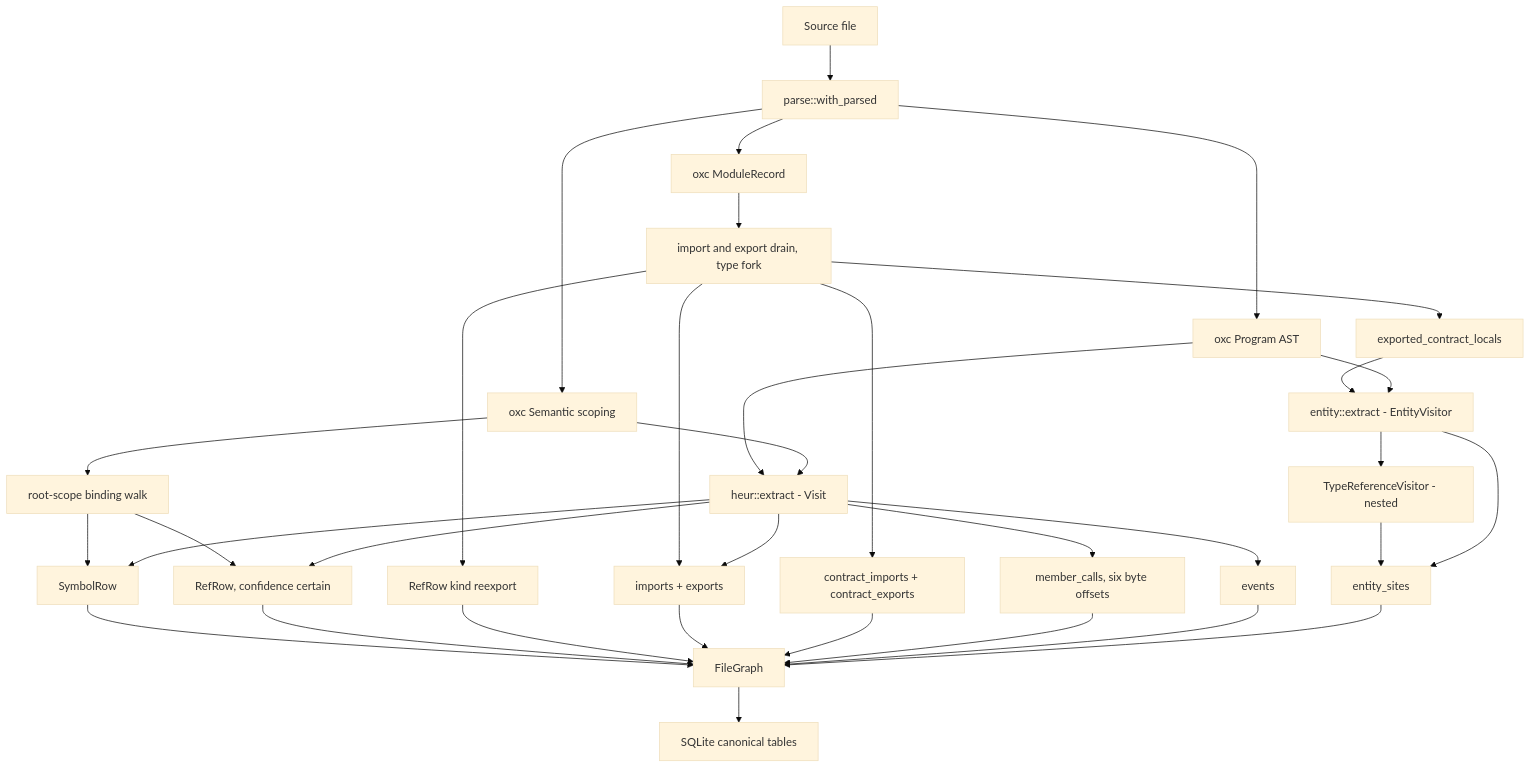
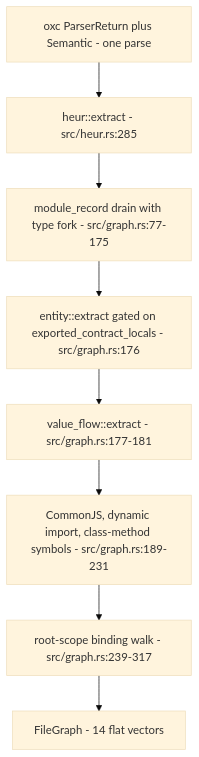
Before and after one commit to iantocristian/jscout: the first of 2 diagrams in docs/codebase-analysis/03-structural-extraction.md, drawn with Mermaid (base theme). The commit also changed other lines of this file and 33 other files, not shown here.

````diff
--- a/docs/codebase-analysis/03-structural-extraction.md
+++ b/docs/codebase-analysis/03-structural-extraction.md
@@ -19,36 +17,13 @@
 ```mermaid
 flowchart TD
-  SRC["Source file"] --> PARSE["parse::with_parsed"]
-  PARSE --> AST["oxc Program AST"]
-  PARSE --> REC["oxc ModuleRecord"]
-  PARSE --> SEM["oxc Semantic scoping"]
-  AST --> HEUR["heur::extract - Visit"]
-  SEM --> HEUR
-  REC --> FORK["import and export drain, type fork"]
-  FORK --> CONTRACT["contract_imports + contract_exports"]
-  FORK --> RUNTIME["imports + exports"]
-  FORK --> ECL["exported_contract_locals"]
-  FORK --> REEX["RefRow kind reexport"]
-  ECL --> ENT["entity::extract - EntityVisitor"]
-  AST --> ENT
-  ENT --> TRV["TypeReferenceVisitor - nested"]
-  TRV --> ES["entity_sites"]
-  ENT --> ES
-  SEM --> BIND["root-scope binding walk"]
-  BIND --> SYM["SymbolRow"]
-  BIND --> REF["RefRow, confidence certain"]
-  HEUR --> SYM
-  HEUR --> RUNTIME
-  HEUR --> REF
-  HEUR --> MC["member_calls, six byte offsets"]
-  HEUR --> EV["events"]
-  SYM --> FG["FileGraph"]
-  REF --> FG
-  REEX --> FG
-  RUNTIME --> FG
-  CONTRACT --> FG
-  MC --> FG
-  EV --> FG
-  ES --> FG
-  FG --> DB["SQLite canonical tables"]
+    AST["oxc ParserReturn plus Semantic - one parse"]
+    HEUR["heur::extract - src/heur.rs:285"]
+    REC["module_record drain with type fork - src/graph.rs:77-175"]
+    ENT["entity::extract gated on exported_contract_locals - src/graph.rs:176"]
+    VF["value_flow::extract - src/graph.rs:177-181"]
+    MERGE["CommonJS, dynamic import, class-method symbols - src/graph.rs:189-231"]
+    WALK["root-scope binding walk - src/graph.rs:239-317"]
+    FG["FileGraph - 14 flat vectors"]
+
+    AST --> HEUR --> REC --> ENT --> VF --> MERGE --> WALK --> FG
 ```
````
